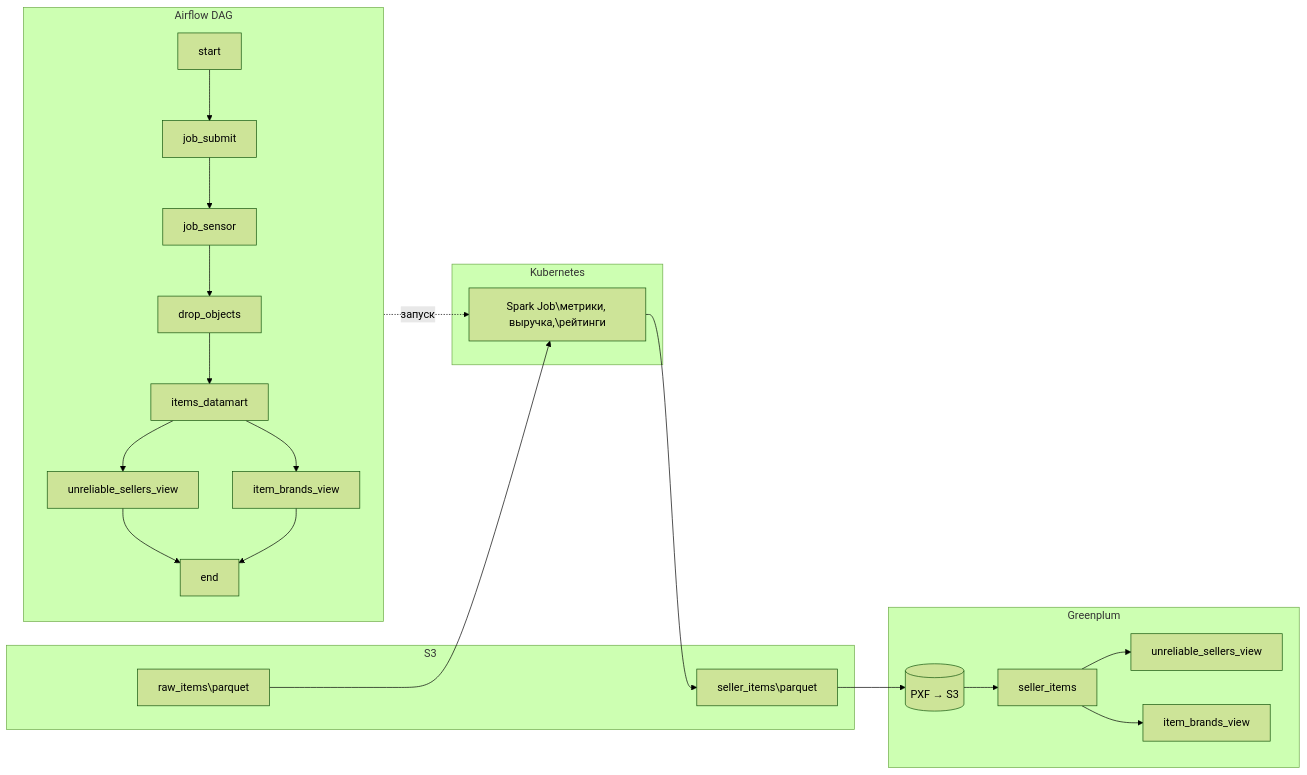
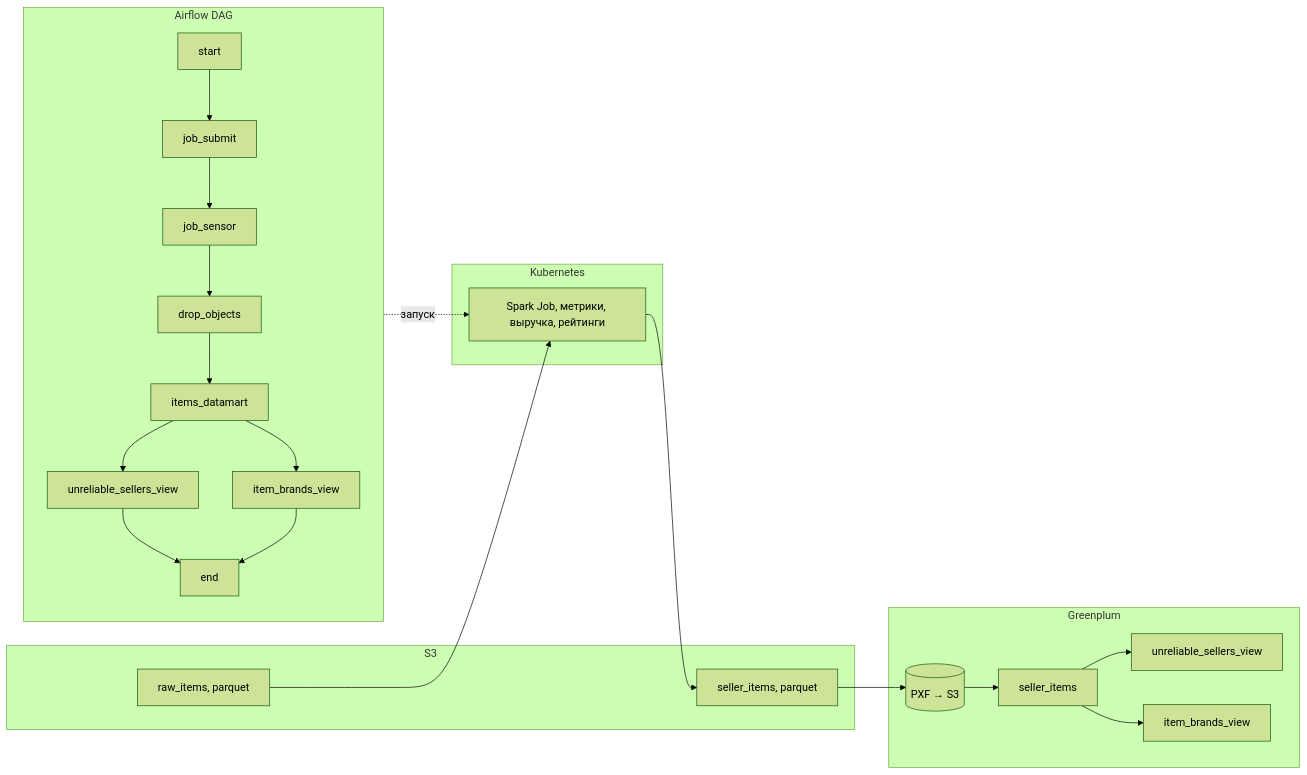
Before and after one commit to Waterline98/Marketplace-Items-Sellers-Analytics: the diagram in README.md, drawn with Mermaid (forest theme).

Commit message:
Fix(README.md). Fixed descriptions_2

````diff
--- a/README.md
+++ b/README.md
@@ -7,36 +7,36 @@
 ```mermaid
 flowchart LR
   subgraph S3["S3"]
-    RAW[raw_items\parquet]
-    OUT[seller_items\parquet]
+    RAW[raw_items, parquet]
+    OUT[seller_items, parquet]
   end
 
   subgraph K8s["Kubernetes"]
-    SPARK[Spark Job\метрики, выручка,\рейтинги]
+    SPARK[Spark Job, метрики, выручка, рейтинги]
   end
 
   subgraph AF["Airflow DAG"]
     direction TB
     A[start] --> B[job_submit]
     B --> C[job_sensor]
     C --> D[drop_objects]
     D --> E[items_datamart]
     E --> F[unreliable_sellers_view]
     E --> G[item_brands_view]
     F --> H[end]
     G --> H
   end
 
   subgraph GP["Greenplum"]
     PXF[(PXF → S3)]
     V1[seller_items]
     V2[unreliable_sellers_view]
     V3[item_brands_view]
   end
 
   RAW --> SPARK --> OUT
   AF -.->|запуск| SPARK
   OUT --> PXF --> V1
   V1 --> V2
   V1 --> V3
 ```
````
